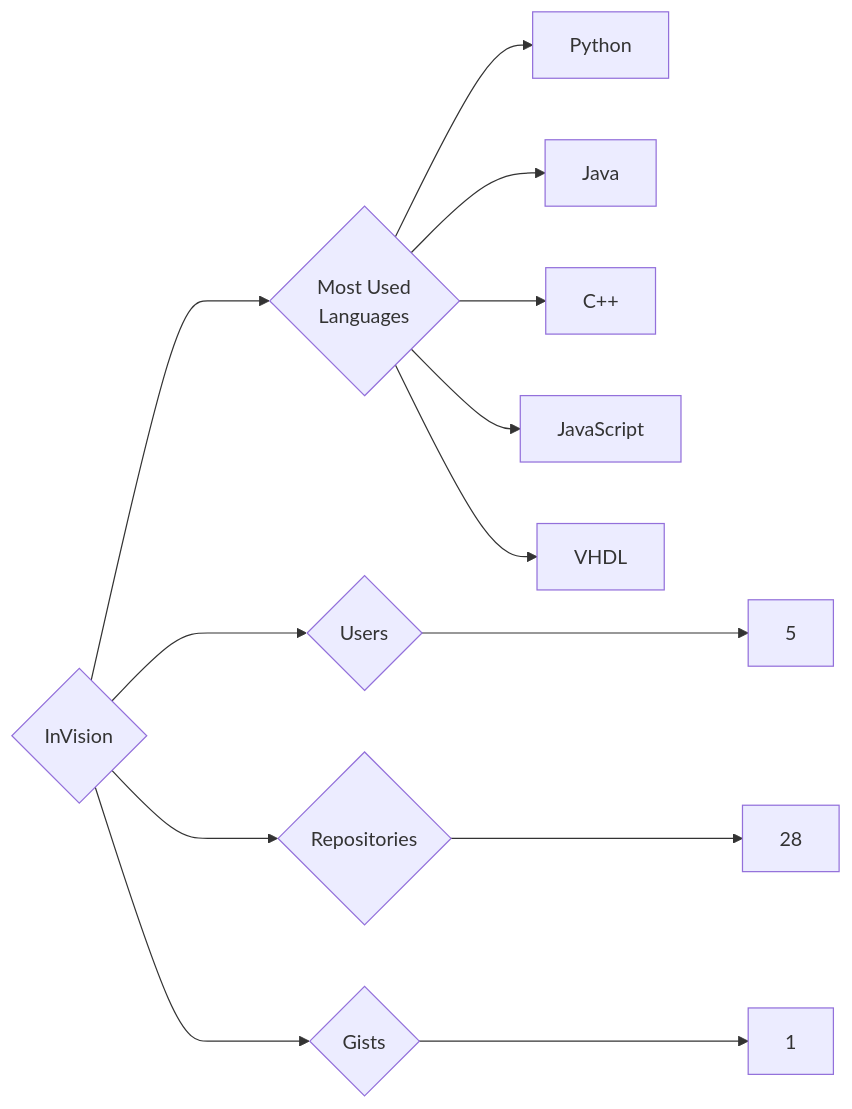
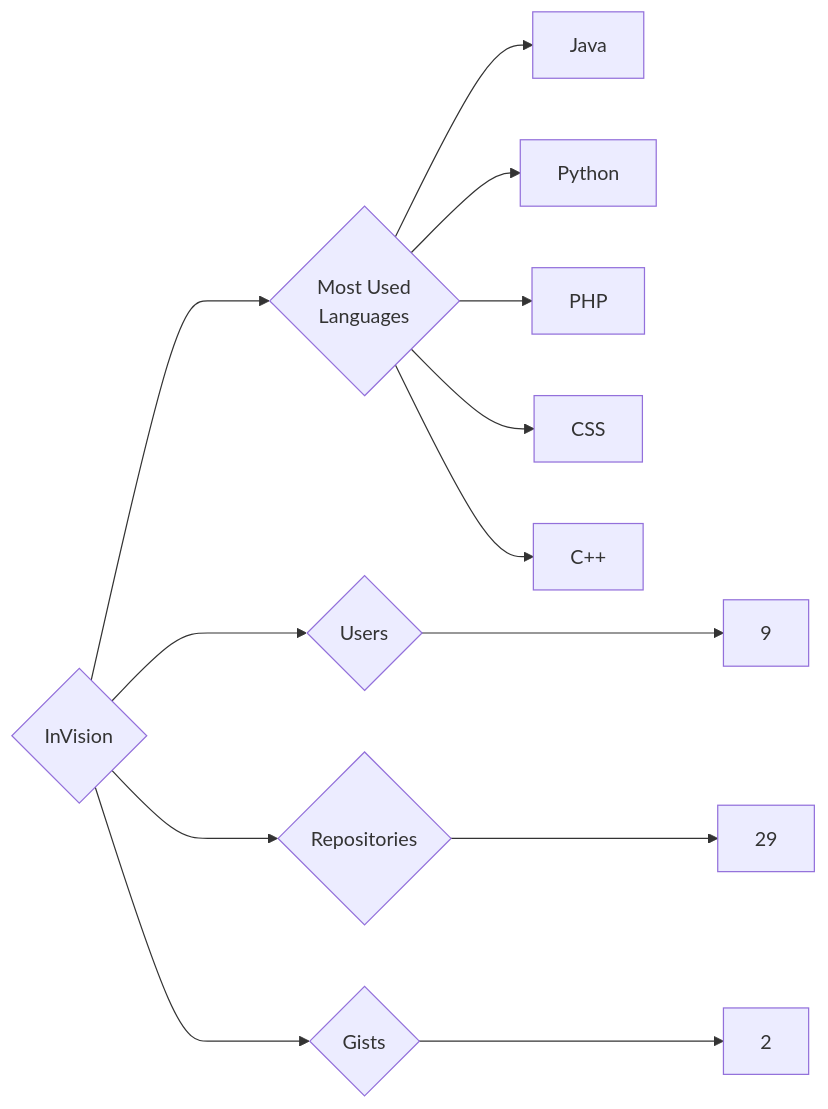
Before and after one commit to trickest/insiders: the diagram in targets/InVision/README.md, drawn with Mermaid. The commit also changed 1036 other files, not shown here.

````diff
--- a/targets/InVision/README.md
+++ b/targets/InVision/README.md
@@ -3,13 +3,13 @@
 ```mermaid
 graph LR
 COMPANY_NAME{InVision}
-COMPANY_NAME ---> U{Users} ---> UN[5]
-COMPANY_NAME ---> R{Repositories} ---> RN[28]
-COMPANY_NAME ---> G{Gists} ---> GN[1]
+COMPANY_NAME ---> U{Users} ---> UN[9]
+COMPANY_NAME ---> R{Repositories} ---> RN[29]
+COMPANY_NAME ---> G{Gists} ---> GN[2]
 COMPANY_NAME ---> ML{Most Used<br>Languages}
+ML --> Java[Java]
 ML --> Python[Python]
-ML --> Java[Java]
+ML --> PHP[PHP]
+ML --> CSS[CSS]
 ML --> C++[C++]
-ML --> JavaScript[JavaScript]
-ML --> VHDL[VHDL]
 ```
````
